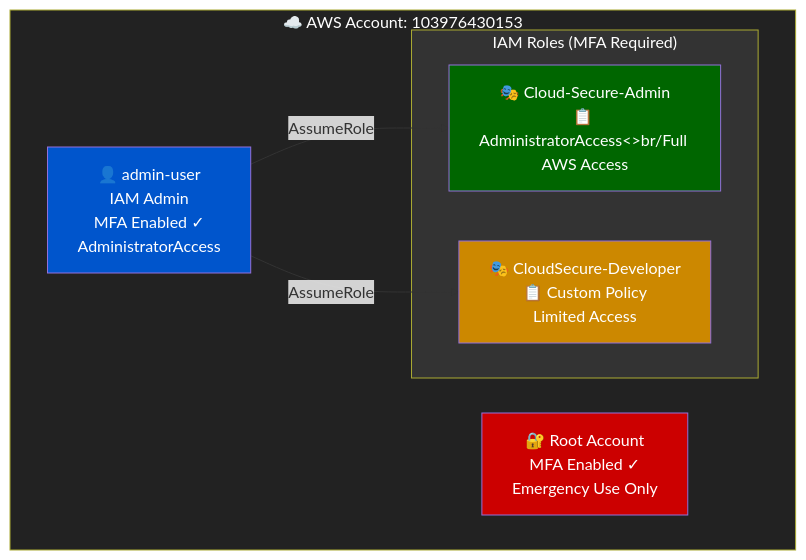
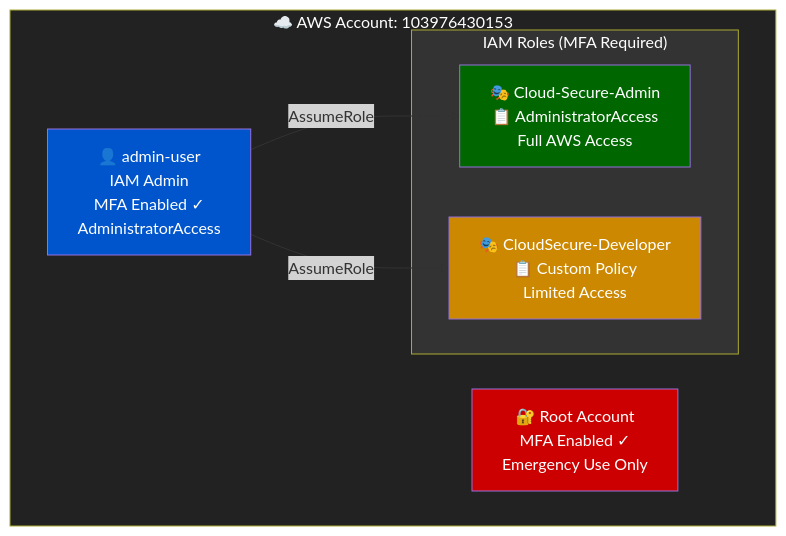
One commit to Abhikarthik3104/CloudSecure-IAM-Project changed the first of 4 diagrams in Readme.md. Above: the diagram before and after it, drawn with Mermaid.

````diff
--- a/Readme.md
+++ b/Readme.md
@@ -33,22 +33,22 @@
 ```mermaid
 graph TB
     subgraph AWS["☁️ AWS Account: 103976430153"]
         Root["🔐 Root Account\nMFA Enabled ✓\nEmergency Use Only"]
         Admin["👤 admin-user<br/>IAM Admin<br/>MFA Enabled ✓<br/>AdministratorAccess"]
 
         subgraph Roles["IAM Roles (MFA Required)"]
-            AdminRole["🎭 Cloud-Secure-Admin<br/>📋 AdministratorAccess<>br/Full AWS Access"]
-            DevRole["🎭 CloudSecure-Developer<br/>📋 Custom Policy<br/>Limited Access"]
+            AdminRole["🎭 Cloud-Secure-Admin<br/>📋 AdministratorAccess<br/> Full AWS Access"]
+            DevRole["🎭 CloudSecure-Developer<br/>📋 Custom Policy<br/> Limited Access"]
         end
 
         Admin -->|"AssumeRole"| AdminRole
         Admin -->|"AssumeRole"| DevRole
     end
 
     style Root fill:#cc0000,color:#ffffff
     style Admin fill:#0055cc,color:#ffffff
     style AdminRole fill:#006600,color:#ffffff
     style DevRole fill:#cc8800,color:#ffffff
     style Roles fill:#333333,color:#ffffff
     style AWS fill:#222222,color:#ffffff
 ```
````
